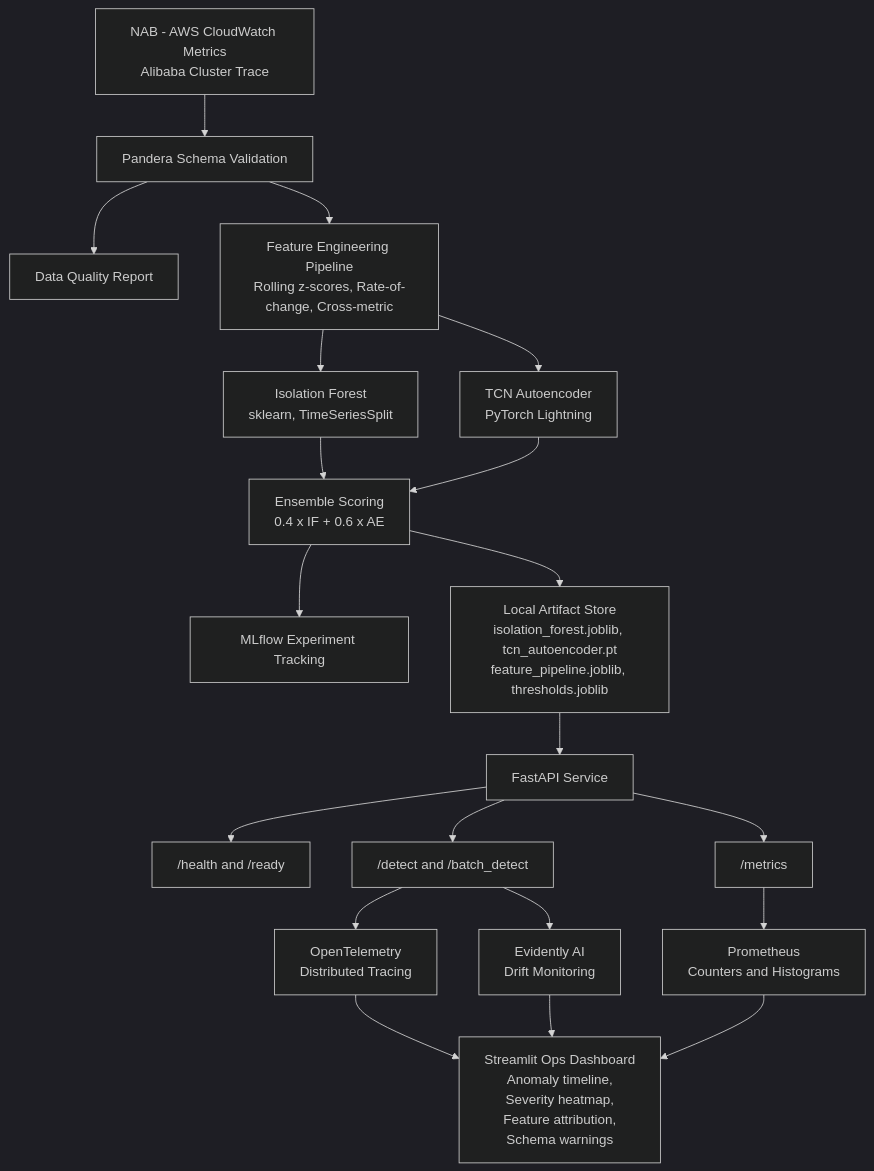
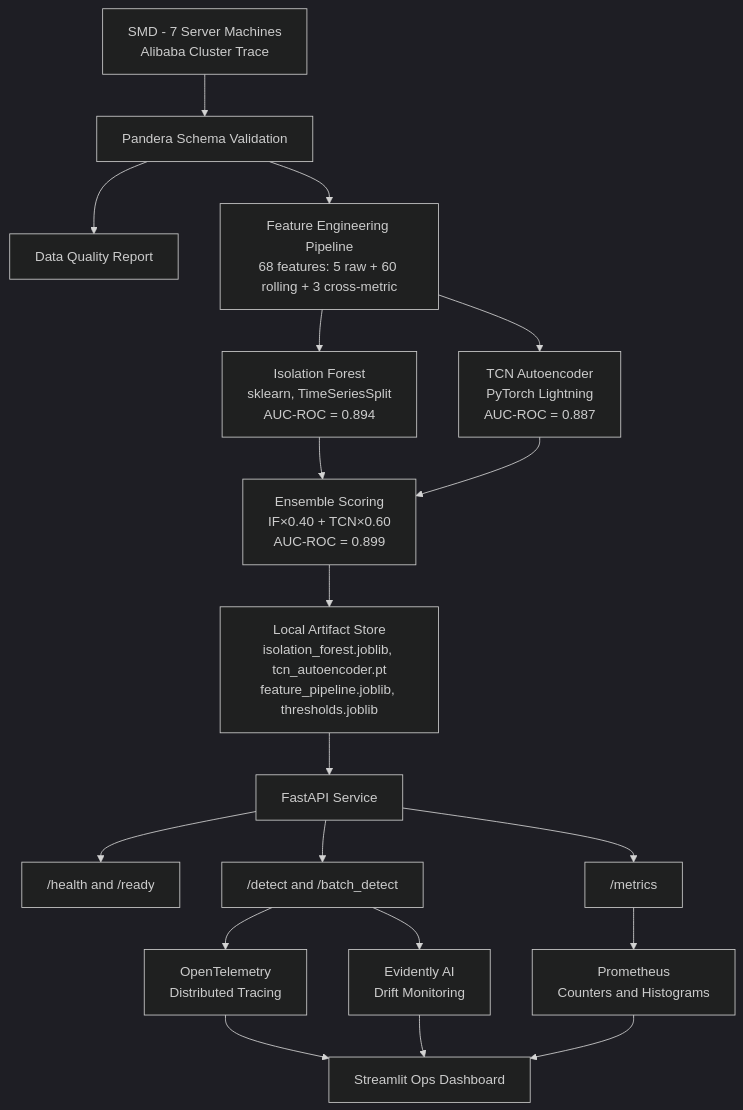
One commit to howlingwolf77/clouddrift changed the diagram in TECHNICAL_SPEC.md. Above: the diagram before and after it, drawn with Mermaid (dark theme). The commit also changed other lines of this file and 47 other files, not shown here.

First line of the commit message:
feat: migrate from NAB to SMD, update ensemble weights to IF=0.40/TCN=0.60

````diff
--- a/TECHNICAL_SPEC.md
+++ b/TECHNICAL_SPEC.md
@@ -83,22 +87,21 @@
 ```mermaid
 flowchart TD
-    A["NAB - AWS CloudWatch Metrics<br/>Alibaba Cluster Trace"] --> B["Pandera Schema Validation"]
+    A["SMD - 7 Server Machines<br/>Alibaba Cluster Trace"] --> B["Pandera Schema Validation"]
     B --> C["Data Quality Report"]
-    B --> D["Feature Engineering Pipeline<br/>Rolling z-scores, Rate-of-change, Cross-metric"]
-    D --> E["Isolation Forest<br/>sklearn, TimeSeriesSplit"]
-    D --> F["TCN Autoencoder<br/>PyTorch Lightning"]
-    E --> G["Ensemble Scoring<br/>0.4 x IF + 0.6 x AE"]
+    B --> D["Feature Engineering Pipeline<br/>68 features: 5 raw + 60 rolling + 3 cross-metric"]
+    D --> E["Isolation Forest<br/>sklearn, TimeSeriesSplit<br/>AUC-ROC = 0.894"]
+    D --> F["TCN Autoencoder<br/>PyTorch Lightning<br/>AUC-ROC = 0.887"]
+    E --> G["Ensemble Scoring<br/>IF×0.40 + TCN×0.60<br/>AUC-ROC = 0.899"]
     F --> G
-    G --> H["MLflow Experiment Tracking"]
     G --> I["Local Artifact Store<br/>isolation_forest.joblib, tcn_autoencoder.pt<br/>feature_pipeline.joblib, thresholds.joblib"]
     I --> J["FastAPI Service"]
     J --> K["/health and /ready"]
     J --> L["/detect and /batch_detect"]
     J --> M["/metrics"]
     L --> N["OpenTelemetry<br/>Distributed Tracing"]
     M --> O["Prometheus<br/>Counters and Histograms"]
     L --> P["Evidently AI<br/>Drift Monitoring"]
-    N --> Q["Streamlit Ops Dashboard<br/>Anomaly timeline,<br/>Severity heatmap,<br/>Feature attribution,<br/>Schema warnings"]
-    P --> Q["Streamlit Ops Dashboard<br/>Anomaly timeline,<br/>Severity heatmap,<br/>Feature attribution,<br/>Schema warnings"]
-    O --> Q["Streamlit Ops Dashboard<br/>Anomaly timeline,<br/>Severity heatmap,<br/>Feature attribution,<br/>Schema warnings"]
+    N --> Q["Streamlit Ops Dashboard"]
+    P --> Q
+    O --> Q
 ```
````
